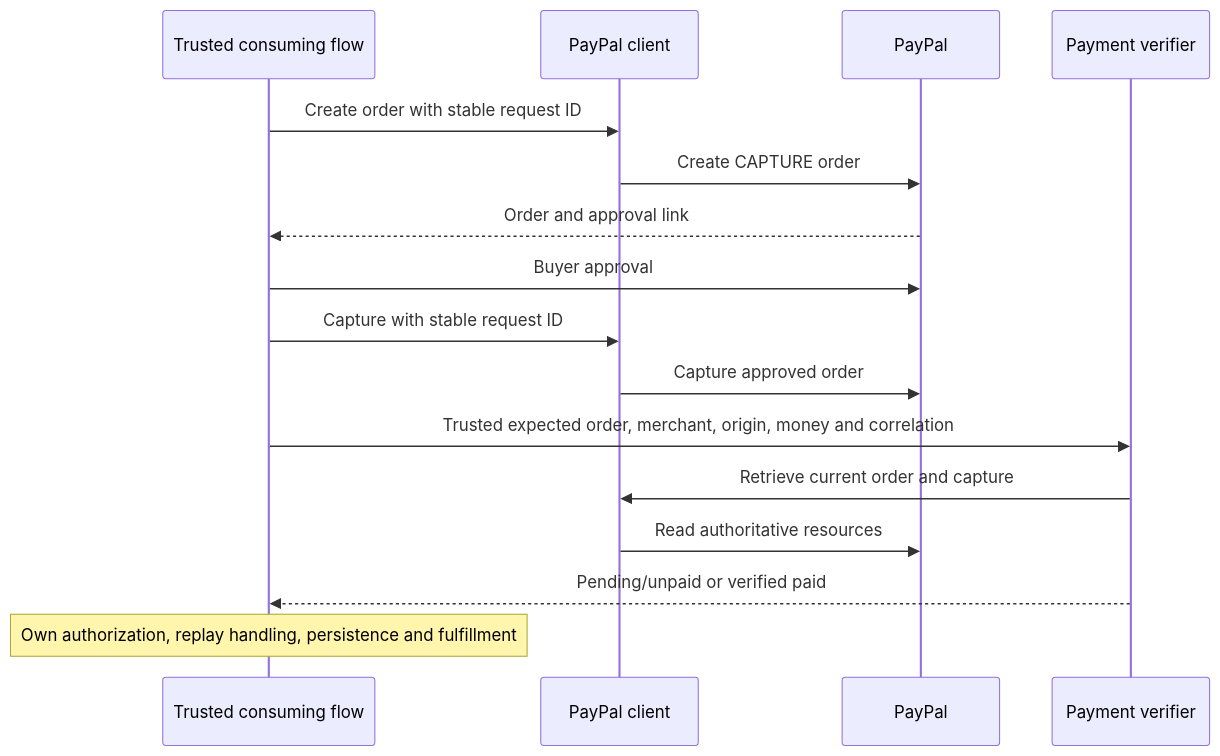
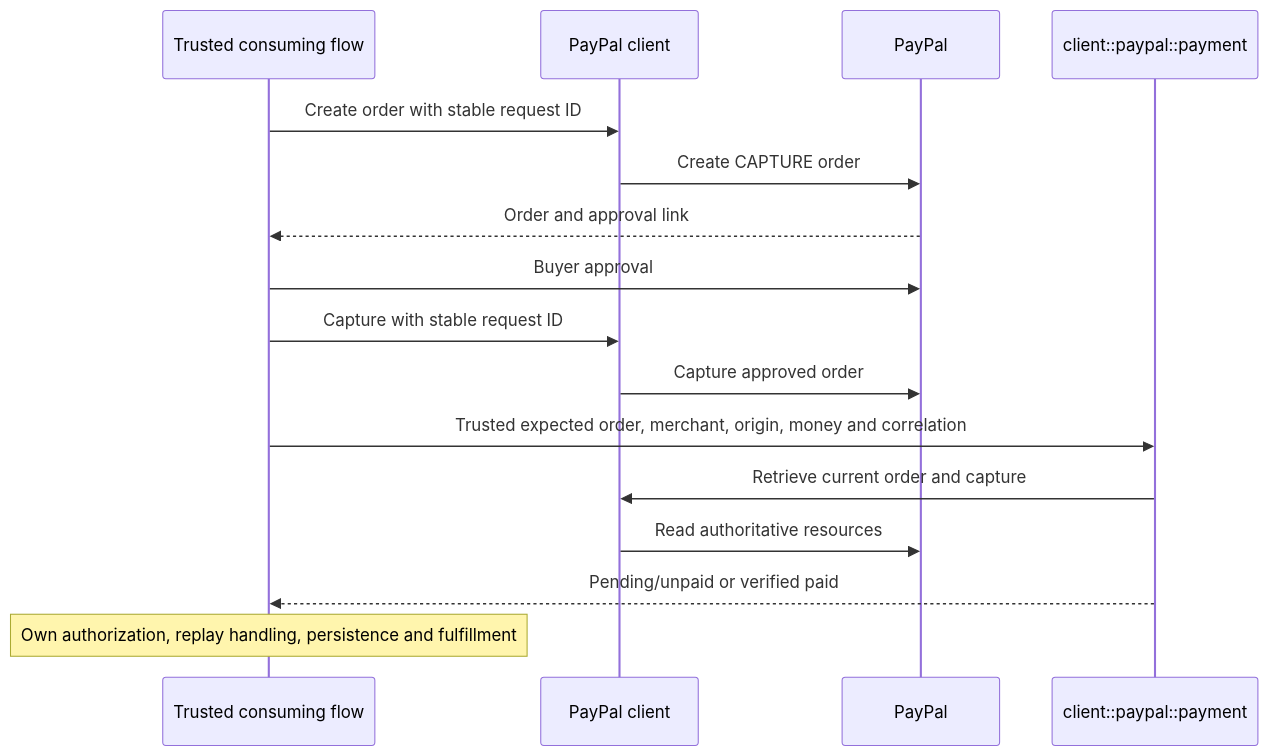
Before and after one commit to enzumeii/monolith: the fourth of 4 diagrams in docs/architecture.md, drawn with Mermaid. The commit also changed other lines of this file and 12 other files, not shown here.

````diff
--- a/docs/architecture.md
+++ b/docs/architecture.md
@@ -262,18 +264,18 @@
 ```mermaid
 sequenceDiagram
     participant Consumer as Trusted consuming flow
     participant Client as PayPal client
     participant PP as PayPal
-    participant Verifier as Payment verifier
+    participant Verifier as client::paypal::payment
     Consumer->>Client: Create order with stable request ID
     Client->>PP: Create CAPTURE order
     PP-->>Consumer: Order and approval link
     Consumer->>PP: Buyer approval
     Consumer->>Client: Capture with stable request ID
     Client->>PP: Capture approved order
     Consumer->>Verifier: Trusted expected order, merchant, origin, money and correlation
     Verifier->>Client: Retrieve current order and capture
     Client->>PP: Read authoritative resources
     Verifier-->>Consumer: Pending/unpaid or verified paid
     Note over Consumer: Own authorization, replay handling, persistence and fulfillment
 ```
````
